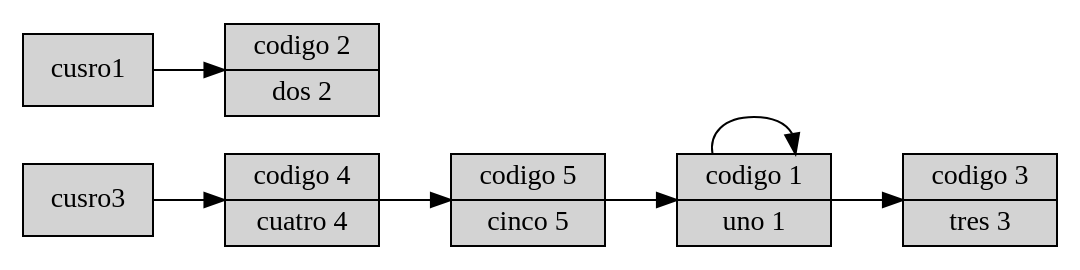
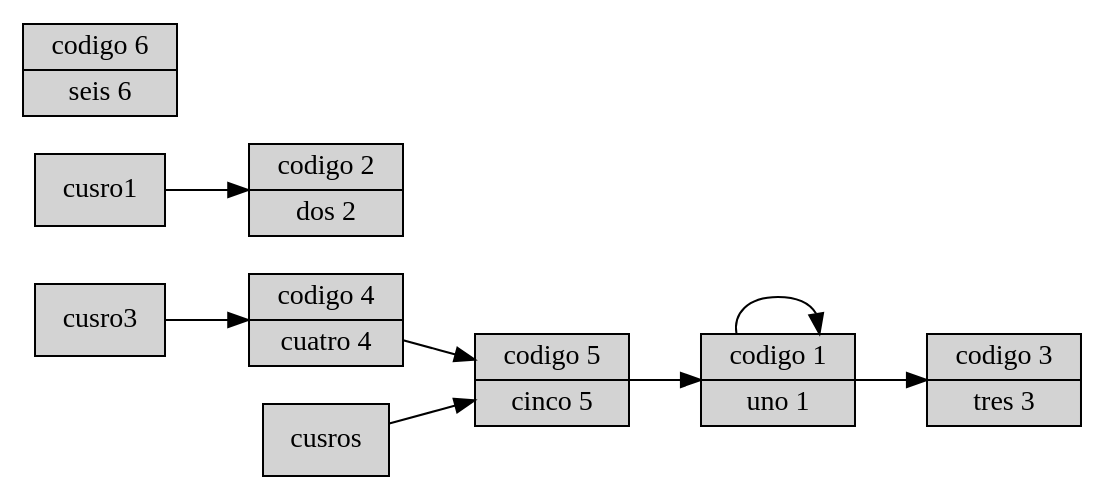
One commit to bramlley23/UsoDeGraphviz changed the diagram in usoGraphviz.dot. Above: the diagram before and after it, drawn with Graphviz.

Commit message:
segudo respaldo

```diff
--- a/usoGraphviz.dot
+++ b/usoGraphviz.dot
@@ -1,18 +1,19 @@
 
 digraph dibujo {
 	rankdir=LR;
 	node[shape=record, style=filled];
 	curso1[label = "codigo 1 | uno 1"];
 	curso2[label = "codigo 2 | dos 2"];
 	curso3[label = "codigo 3 | tres 3"];
 	curso4[label = "codigo 4 | cuatro 4"];
 	curso5[label = "codigo 5 | cinco 5"];
+	curso6[label = "codigo 6 | seis 6"];
 
 	curso1 -> curso1;
 	cusro1 -> curso2;
 	curso1 -> curso3;
 	cusro3 -> curso4;
 	curso4 -> curso5;
 	curso5 -> curso1;
-	
+	cusros -> curso5;
 }
```
